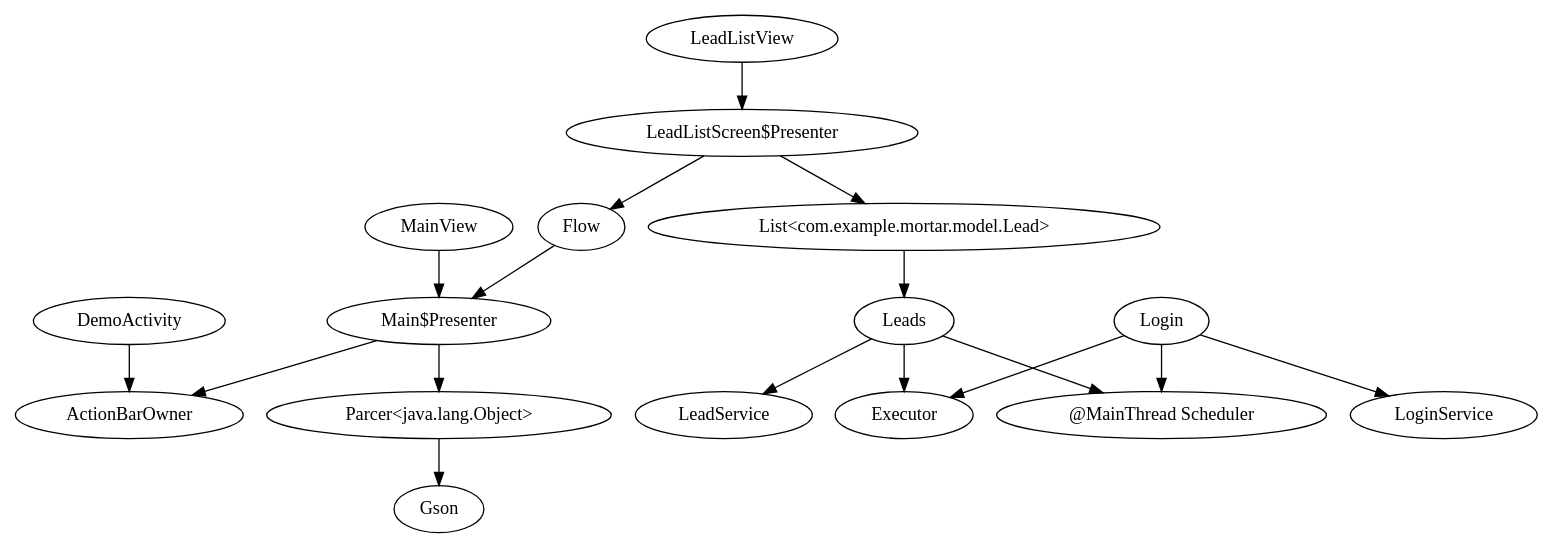
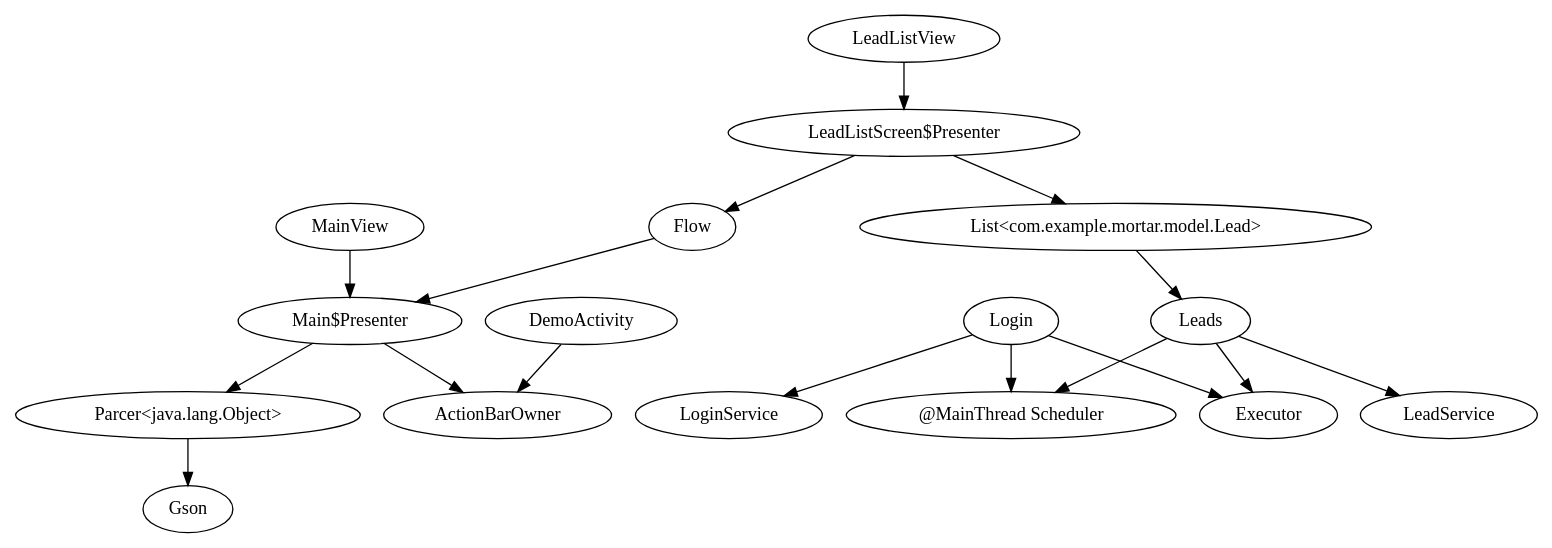
Before and after one commit to ganesansays/Topaz-Mortar: the diagram in target/generated-sources/annotations/com/example/mortar/screen/LeadListScreen.Module.dot, drawn with Graphviz. The commit also changed other lines of this file and 14 other files, not shown here.

Commit message:
One flow done with regular ui

```diff
--- a/target/generated-sources/annotations/com/example/mortar/screen/LeadListScreen.Module.dot
+++ b/target/generated-sources/annotations/com/example/mortar/screen/LeadListScreen.Module.dot
@@ -1,24 +1,24 @@
 digraph G1 {
   concentrate = true;
   DemoActivity -> ActionBarOwner;
   n2 [label="Main$Presenter"];
   Flow -> n2;
   n3 [label="LeadListScreen$Presenter"];
-  n3 -> Flow;
   n4 [label="List<com.example.mortar.model.Lead>"];
   n3 -> n4;
+  n3 -> Flow;
   LeadListView -> n3;
+  Leads -> Executor;
   Leads -> LeadService;
-  Leads -> Executor;
   n5 [label="@MainThread Scheduler"];
   Leads -> n5;
   n4 -> Leads;
+  Login -> LoginService;
   Login -> Executor;
-  Login -> LoginService;
   Login -> n5;
+  n2 -> ActionBarOwner;
   n6 [label="Parcer<java.lang.Object>"];
   n2 -> n6;
-  n2 -> ActionBarOwner;
   MainView -> n2;
   n6 -> Gson;
 }
```
